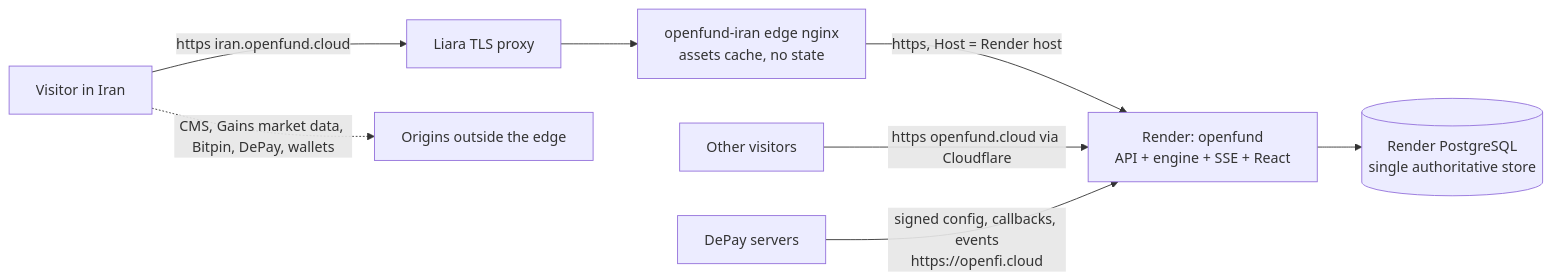
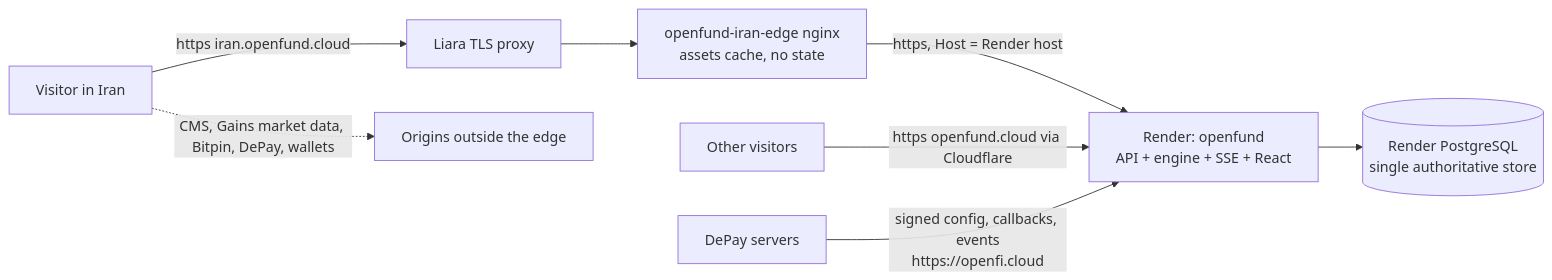
Before and after one commit to algomanlife/openfund: the first of 2 diagrams in docs/deployment/LIARA_IRAN.md, drawn with Mermaid. The commit also changed other lines of this file and 17 other files, not shown here.

````diff
--- a/docs/deployment/LIARA_IRAN.md
+++ b/docs/deployment/LIARA_IRAN.md
@@ -36,10 +46,10 @@
 ```mermaid
 flowchart LR
   IR[Visitor in Iran] -->|https iran.openfund.cloud| LP[Liara TLS proxy]
-  LP --> EDGE[openfund-iran edge nginx<br/>assets cache, no state]
+  LP --> EDGE[openfund-iran-edge nginx<br/>assets cache, no state]
   EDGE -->|https, Host = Render host| RENDER[Render: openfund<br/>API + engine + SSE + React]
   INT[Other visitors] -->|https openfund.cloud via Cloudflare| RENDER
   RENDER --> DB[(Render PostgreSQL<br/>single authoritative store)]
   IR -. CMS, Gains market data, Bitpin, DePay, wallets .-> EXT[Origins outside the edge]
   DEPAY[DePay servers] -->|signed config, callbacks, events<br/>https://openfi.cloud| RENDER
 ```
````
